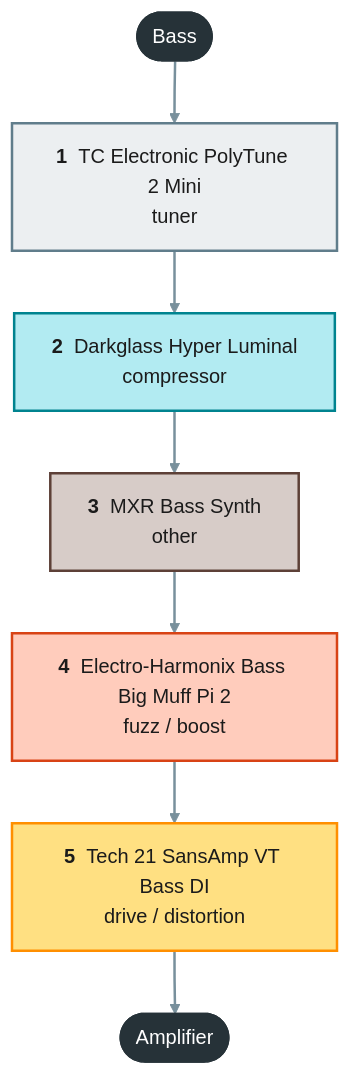
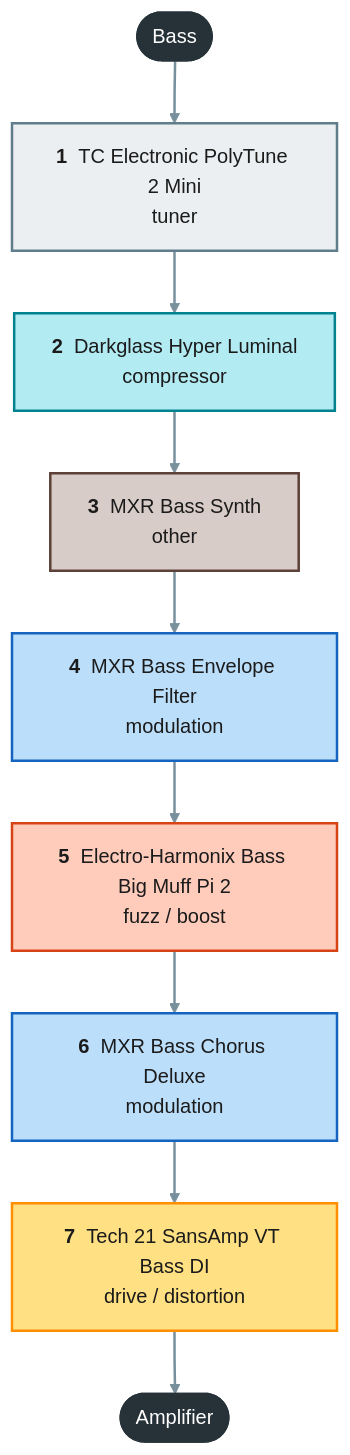
The first of 2 diagrams in projects/bass/README.md (pedroacvieira/pedalboard), drawn with Mermaid (forest theme) before and after one commit. The commit also changed other lines of this file and 22 other files, not shown here.

Commit message:
Layouts of all three boards; bass on the XPND 1 + extension with the MXR Bass Envelope Filter and Bass Chorus Deluxe; practice with the Tube Screamer Mini; owner's jacks and footswitches

````diff
--- a/projects/bass/README.md
+++ b/projects/bass/README.md
@@ -11,18 +20,21 @@
 ```mermaid
 flowchart TB
     guitar(["Bass"]):::endpoint
     polytune_2_mini["<b>1</b> &nbsp;TC Electronic PolyTune 2 Mini<br/>tuner"]:::c_tuner
     darkglass_hyper_luminal["<b>2</b> &nbsp;Darkglass Hyper Luminal<br/>compressor"]:::c_compressor
     mxr_bass_synth["<b>3</b> &nbsp;MXR Bass Synth<br/>other"]:::c_other
-    ehx_bass_big_muff_2["<b>4</b> &nbsp;Electro-Harmonix Bass Big Muff Pi 2<br/>fuzz / boost"]:::c_fuzz___boost
-    tech21_vt_bass_di["<b>5</b> &nbsp;Tech 21 SansAmp VT Bass DI<br/>drive / distortion"]:::c_drive___distortion
+    mxr_bass_envelope_filter["<b>4</b> &nbsp;MXR Bass Envelope Filter<br/>modulation"]:::c_modulation
+    ehx_bass_big_muff_2["<b>5</b> &nbsp;Electro-Harmonix Bass Big Muff Pi 2<br/>fuzz / boost"]:::c_fuzz___boost
+    mxr_bass_chorus_deluxe["<b>6</b> &nbsp;MXR Bass Chorus Deluxe<br/>modulation"]:::c_modulation
+    tech21_vt_bass_di["<b>7</b> &nbsp;Tech 21 SansAmp VT Bass DI<br/>drive / distortion"]:::c_drive___distortion
     amp(["Amplifier"]):::endpoint
-    guitar --> polytune_2_mini --> darkglass_hyper_luminal --> mxr_bass_synth --> ehx_bass_big_muff_2 --> tech21_vt_bass_di --> amp
+    guitar --> polytune_2_mini --> darkglass_hyper_luminal --> mxr_bass_synth --> mxr_bass_envelope_filter --> ehx_bass_big_muff_2 --> mxr_bass_chorus_deluxe --> tech21_vt_bass_di --> amp
     classDef endpoint fill:#263238,stroke:#263238,color:#ffffff
     classDef c_tuner fill:#eceff1,stroke:#607d8b,stroke-width:2px,color:#1b1b1b
     classDef c_compressor fill:#b2ebf2,stroke:#00838f,stroke-width:2px,color:#1b1b1b
     classDef c_fuzz___boost fill:#ffccbc,stroke:#d84315,stroke-width:2px,color:#1b1b1b
     classDef c_drive___distortion fill:#ffe082,stroke:#ff8f00,stroke-width:2px,color:#1b1b1b
+    classDef c_modulation fill:#bbdefb,stroke:#1565c0,stroke-width:2px,color:#1b1b1b
     classDef c_other fill:#d7ccc8,stroke:#5d4037,stroke-width:2px,color:#1b1b1b
     linkStyle default stroke:#78909c,stroke-width:2px
 ```
````
